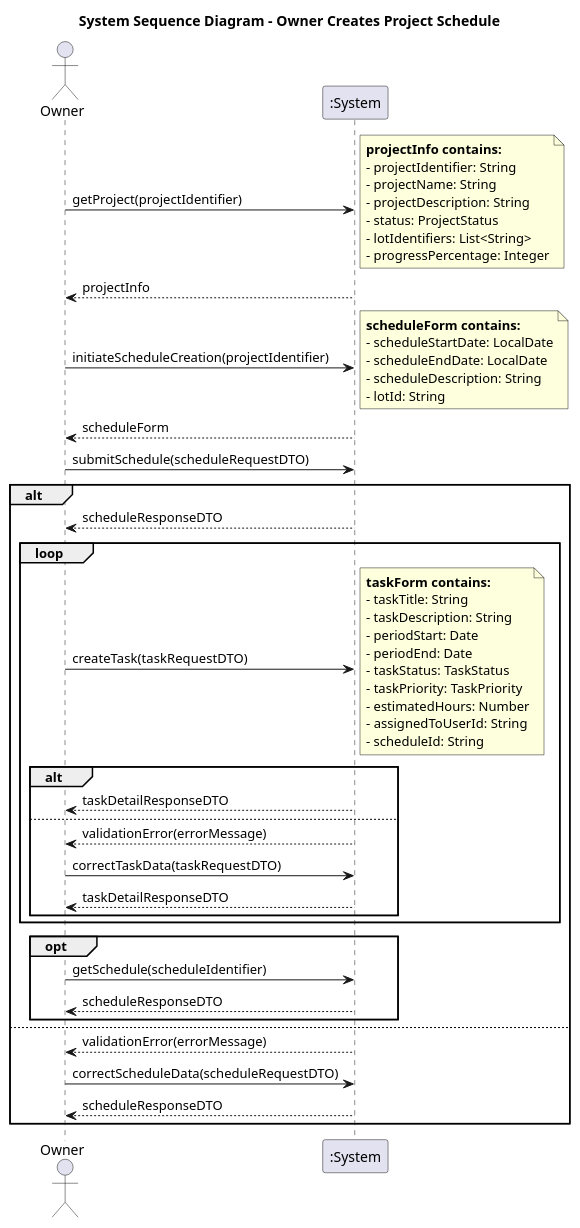
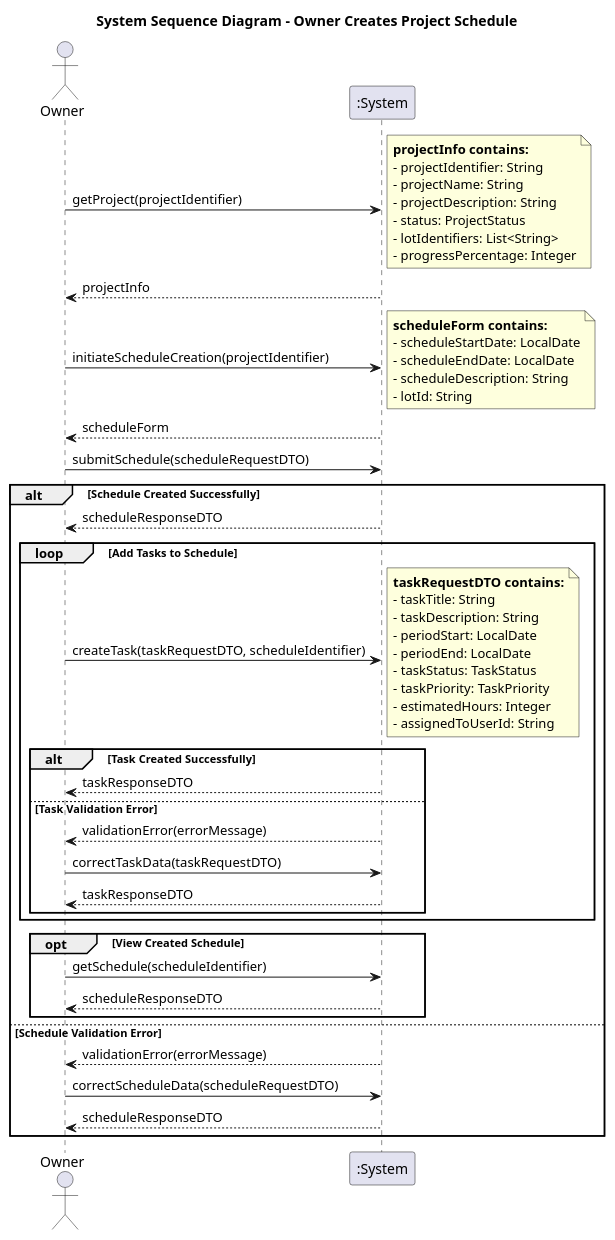
Before and after one commit to LCDCI/Les-Constructions-Dominic-Cyr: the diagram in Diagrams/UML_codes/SSD_Owner_Creates_Project_Schedule.puml, drawn with PlantUML. The commit also changed 3 other files, not shown here.

```diff
--- a/Diagrams/UML_codes/SSD_Owner_Creates_Project_Schedule.puml
+++ b/Diagrams/UML_codes/SSD_Owner_Creates_Project_Schedule.puml
@@ -1,69 +1,68 @@
 @startuml
 title System Sequence Diagram - Owner Creates Project Schedule
 
 actor Owner
 participant ":System" as System
 
 Owner -> System : getProject(projectIdentifier)
 note right
     **projectInfo contains:**
     - projectIdentifier: String
     - projectName: String
     - projectDescription: String
     - status: ProjectStatus
     - lotIdentifiers: List<String>
     - progressPercentage: Integer
 end note
 System --> Owner : projectInfo
 
 Owner -> System : initiateScheduleCreation(projectIdentifier)
 note right
     **scheduleForm contains:**
     - scheduleStartDate: LocalDate
     - scheduleEndDate: LocalDate
     - scheduleDescription: String
     - lotId: String
 end note
 System --> Owner : scheduleForm
 
 Owner -> System : submitSchedule(scheduleRequestDTO)
 
-alt
+alt Schedule Created Successfully
     System --> Owner : scheduleResponseDTO
     
-    loop
-        Owner -> System : createTask(taskRequestDTO)
+    loop Add Tasks to Schedule
+        Owner -> System : createTask(taskRequestDTO, scheduleIdentifier)
         note right
-            **taskForm contains:**
+            **taskRequestDTO contains:**
             - taskTitle: String
             - taskDescription: String
-            - periodStart: Date
-            - periodEnd: Date
+            - periodStart: LocalDate
+            - periodEnd: LocalDate
             - taskStatus: TaskStatus
             - taskPriority: TaskPriority
-            - estimatedHours: Number
+            - estimatedHours: Integer
             - assignedToUserId: String
-            - scheduleId: String
         end note
         
-        alt
-            System --> Owner : taskDetailResponseDTO
-        else
+        alt Task Created Successfully
+            System --> Owner : taskResponseDTO
+        else Task Validation Error
             System --> Owner : validationError(errorMessage)
             Owner -> System : correctTaskData(taskRequestDTO)
-            System --> Owner : taskDetailResponseDTO
+            System --> Owner : taskResponseDTO
         end
     end
     
-    opt
+    opt View Created Schedule
         Owner -> System : getSchedule(scheduleIdentifier)
         System --> Owner : scheduleResponseDTO
     end
     
-else
+else Schedule Validation Error
     System --> Owner : validationError(errorMessage)
     Owner -> System : correctScheduleData(scheduleRequestDTO)
     System --> Owner : scheduleResponseDTO
 end
 
 @enduml
```
